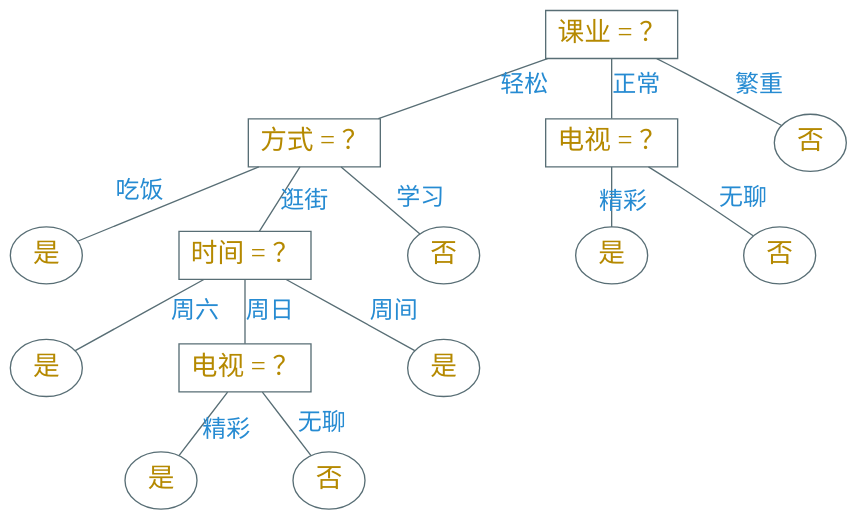
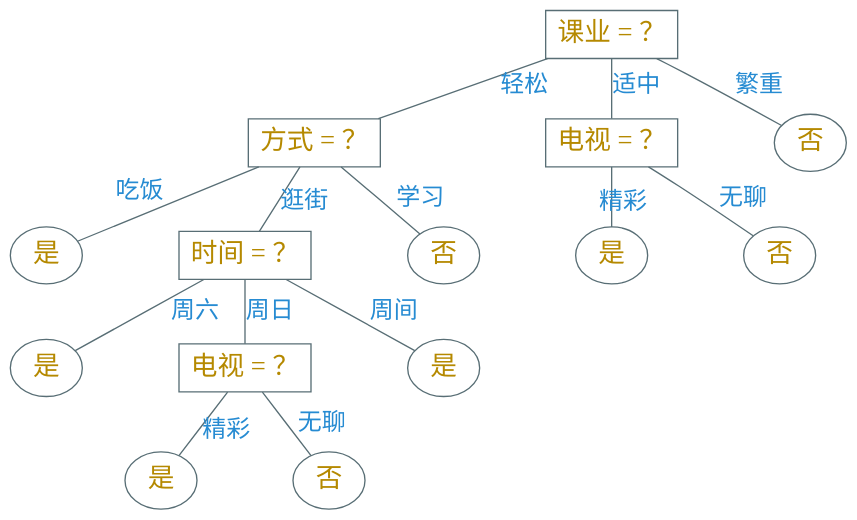
Before and after one commit to Avanti1980/course-ml: the diagram in slides/04.md, drawn with Graphviz. The commit also changed other lines of this file and 4 other files, not shown here.

````diff
--- a/slides/04.md
+++ b/slides/04.md
@@ -480,48 +480,48 @@
 ```dot {.center .top-12}
 digraph g {
     graph [nodesep=1.0, ranksep=0.3]
     bgcolor="transparent"
     node [shape=box color="#586e75" fontcolor="#b58900" fontsize=20 fontname="Ysabeau,LXGWWenKai"]
     edge [color="#586e75" fontcolor="#268bd2" fontsize=18 fontname="Ysabeau,LXGWWenKai" arrowhead=none]
 
     "课业 = ？" -> "方式 = ？" [label="轻松"]
-    "课业 = ？" -> "电视 = ？" [label="正常"]
+    "课业 = ？" -> "电视 = ？" [label="适中"]
 
     node [shape=ellipse]
     y1 [label="是"]
     y2 [label="是"]
     y4 [label="是"]
     n1 [label="否"]
 
     n3 [label="否"]
     n4 [label="否"]
 
     "课业 = ？" -> "n1" [label="繁重"]
 
     "方式 = ？" -> "是" [xlabel="吃饭"]
 
     node [shape=box]
     "方式 = ？" -> "时间 = ？" [headlabel="逛街" labeldistance=4]
 
     node [shape=ellipse]
     n2 [label="否"]
     "方式 = ？" -> "n2" [label="学习"]
 
     "电视 = ？" -> "y1" [headlabel="精彩" labeldistance=2]
     "电视 = ？" -> "n3" [label="无聊"]
 
     "时间 = ？" -> "y2" [label="周六"]
 
     node [shape=box]
     tv [label="电视 = ？"]
 
     "时间 = ？" -> tv [label="周日"]
 
     node [shape=ellipse]
     y3 [label="是"]
     "时间 = ？" -> "y3" [label="周间"]
 
     tv -> "y4" [headlabel="精彩" labeldistance=4]
     tv -> "n4" [label="无聊"]
 }
 ```
````
